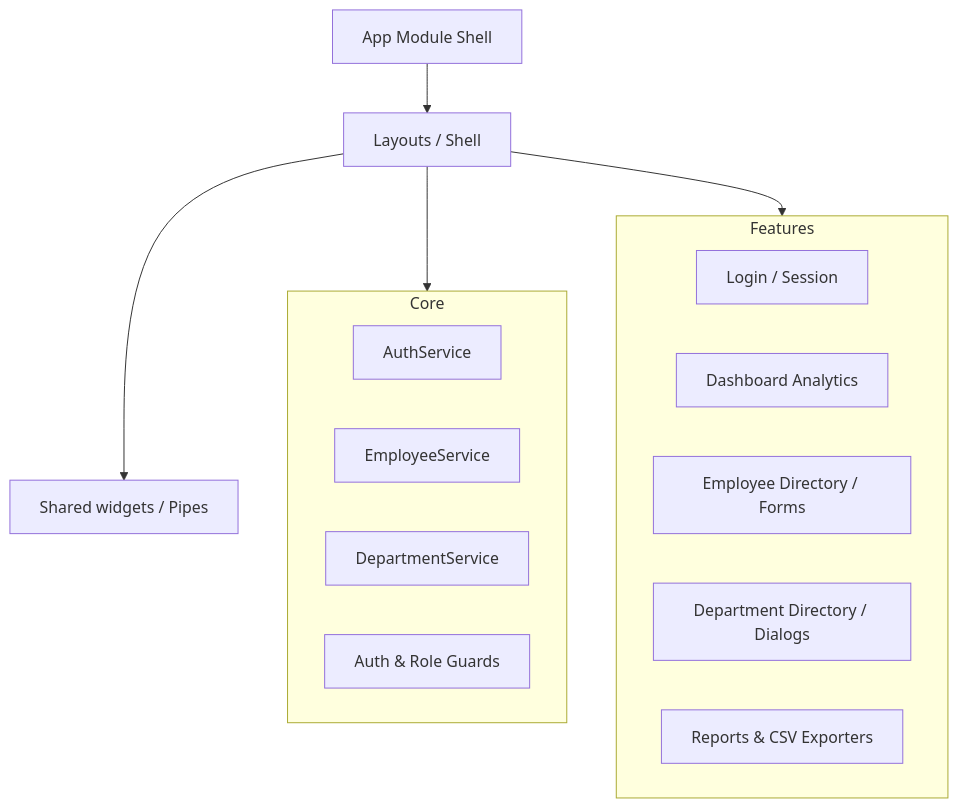
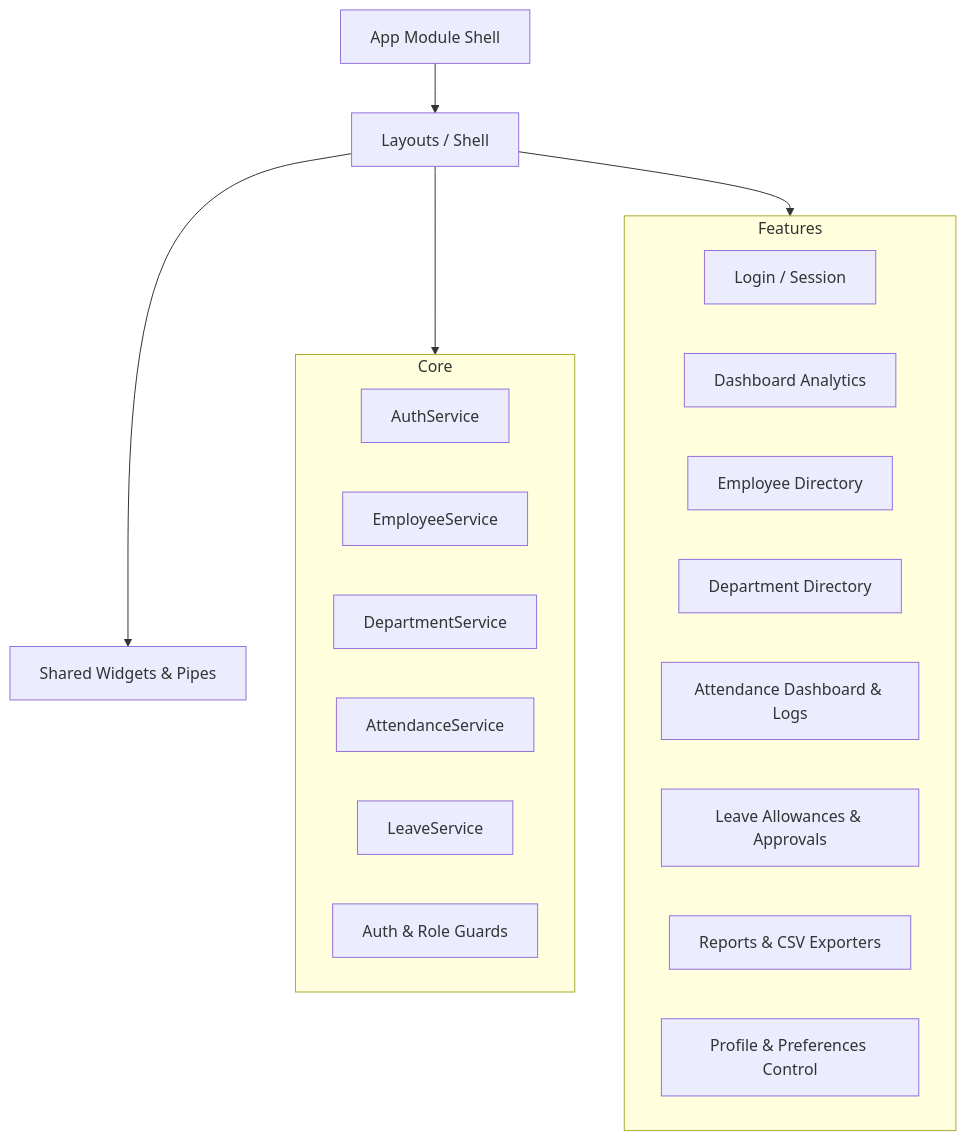
One commit to RahulJaggi/Enterprise-Employee-Management-System changed the diagram in README.md. Above: the diagram before and after it, drawn with Mermaid. The commit also changed other lines of this file, not shown here.

Commit message:
docs: update README to document SaaS design, Attendance, and Leave modules

````diff
--- a/README.md
+++ b/README.md
@@ -16,22 +18,27 @@
 ```mermaid
 graph TD
     App[App Module Shell] --> Layouts[Layouts / Shell]
-    Layouts --> Core[Core services / Guards]
+    Layouts --> Core[Core Services & Guards]
     Layouts --> Features[Feature Modules]
-    Layouts --> Shared[Shared widgets / Pipes]
+    Layouts --> Shared[Shared Widgets & Pipes]
     
     subgraph Core
         AuthService[AuthService]
         EmployeeService[EmployeeService]
         DeptService[DepartmentService]
+        AttendanceService[AttendanceService]
+        LeaveService[LeaveService]
         Guards[Auth & Role Guards]
     end
 
     subgraph Features
         Login[Login / Session]
         Dashboard[Dashboard Analytics]
-        Employees[Employee Directory / Forms]
-        Departments[Department Directory / Dialogs]
+        Employees[Employee Directory]
+        Departments[Department Directory]
+        Attendance[Attendance Dashboard & Logs]
+        Leaves[Leave Allowances & Approvals]
         Reports[Reports & CSV Exporters]
+        Settings[Profile & Preferences Control]
     end
 ```
````
